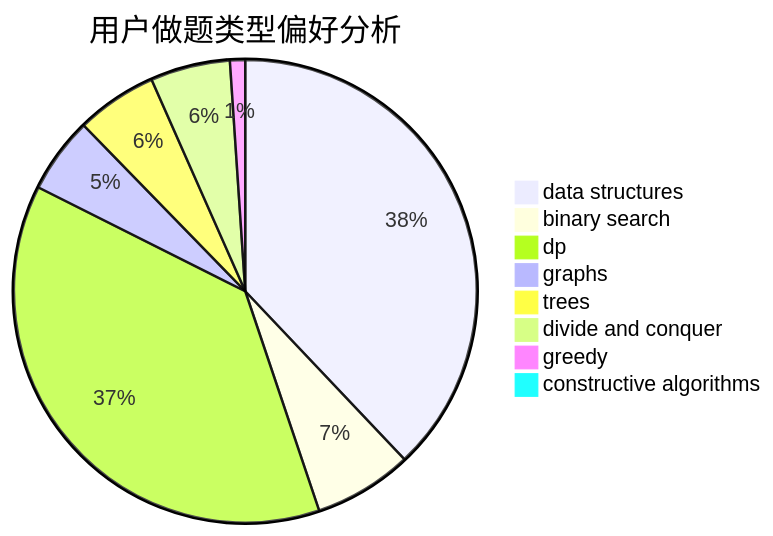
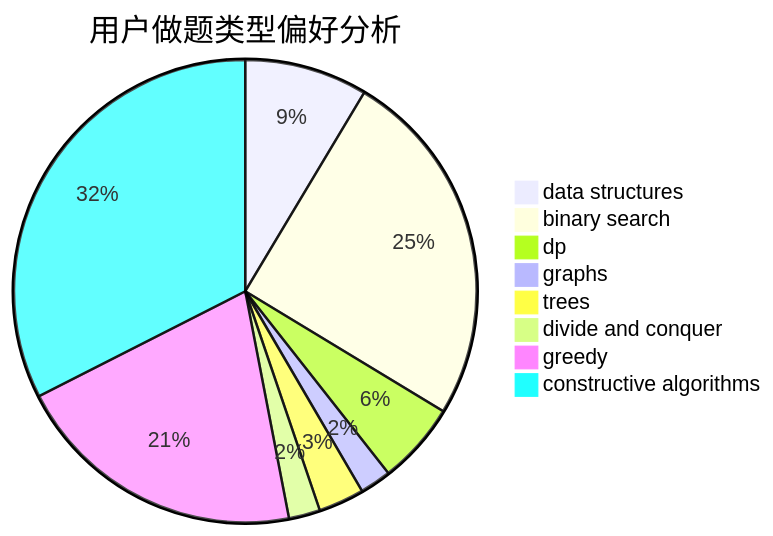
The second of 3 diagrams in docs/user/u355.md (sherpahu/cfrs.github.io), drawn with Mermaid before and after one commit. The commit also changed other lines of this file and 2770 other files, not shown here.

````diff
--- a/docs/user/u355.md
+++ b/docs/user/u355.md
@@ -23,11 +23,11 @@
 ```mermaid
 pie title 用户做题类型偏好分析
-    "data structures" :  429
-    "binary search" :  78
-    "dp" :  425
-    "graphs" :  60
-    "trees" :  64
-    "divide and conquer" :  63
-    "greedy" :  12
-    "constructive algorithms" :  8
+    "data structures" :  51
+    "binary search" :  149
+    "dp" :  34
+    "graphs" :  13
+    "trees" :  19
+    "divide and conquer" :  13
+    "greedy" :  122
+    "constructive algorithms" :  193
 ```
````
